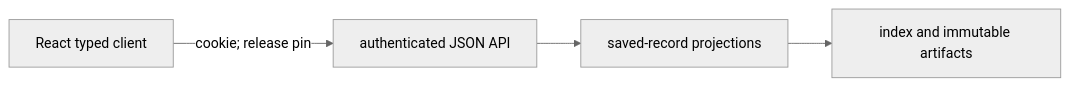
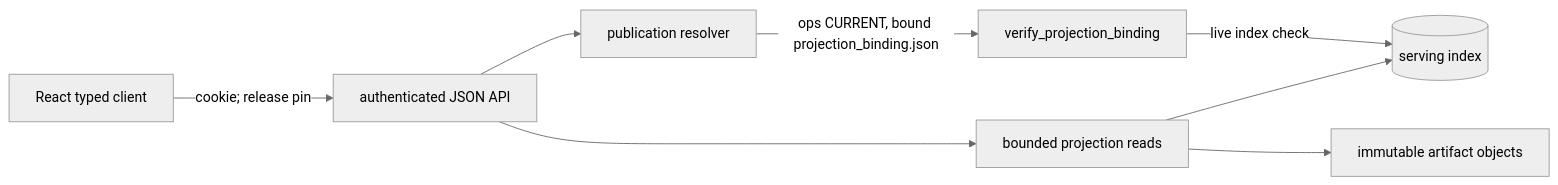
The first of 2 diagrams in engine/v2/serving/ARCHITECTURE.md (yshewchuk/investment-validation), drawn with Mermaid (neutral theme) before and after one commit. The commit also changed other lines of this file, not shown here.

First line of the commit message:
docs(serving): add read-path and publication diagrams (#190)

````diff
--- a/engine/v2/serving/ARCHITECTURE.md
+++ b/engine/v2/serving/ARCHITECTURE.md
@@ -46,5 +47,9 @@
 ```mermaid
 flowchart LR
   React[React typed client] -->|cookie; release pin| API[authenticated JSON API]
-  API --> Projection[saved-record projections] --> Saved[index and immutable artifacts]
+  API --> Resolver[publication resolver]
+  Resolver -->|ops CURRENT, bound projection_binding.json| Verify[verify_projection_binding]
+  Verify -->|live index check| Index[(serving index)]
+  API --> Reads[bounded projection reads] --> Index
+  Reads --> Objects[immutable artifact objects]
 ```
````
